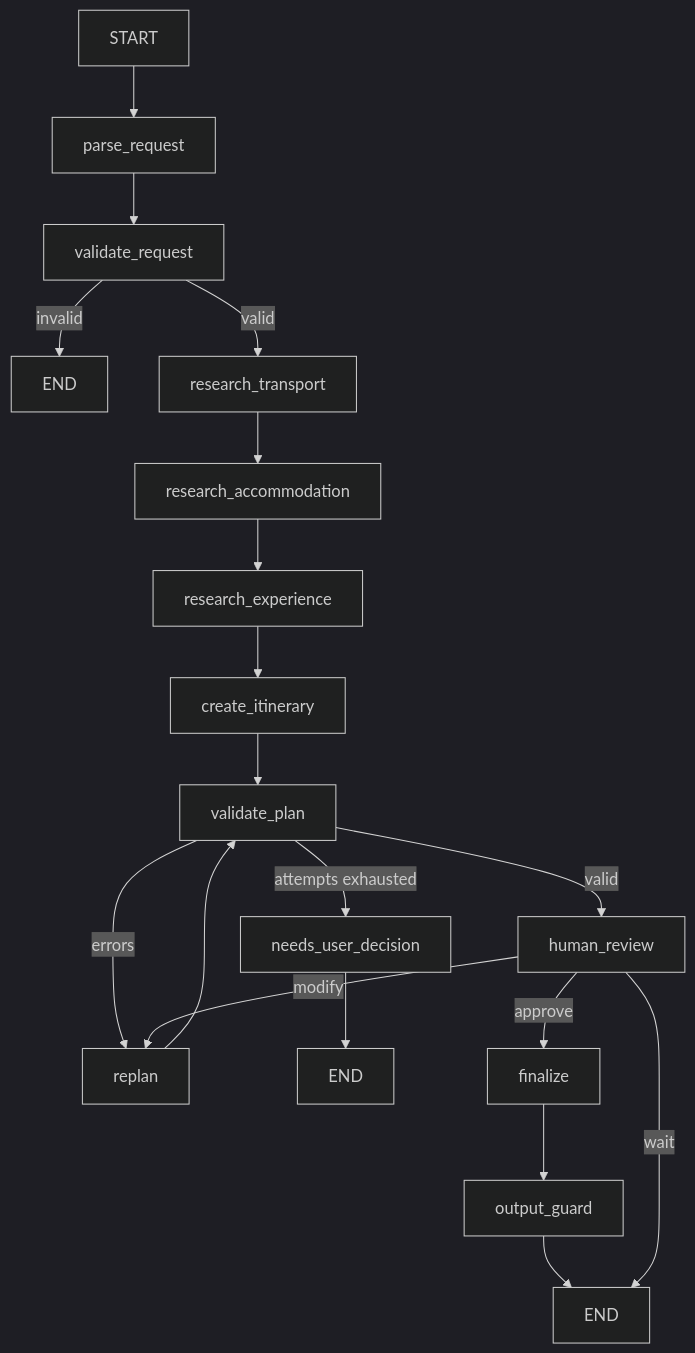
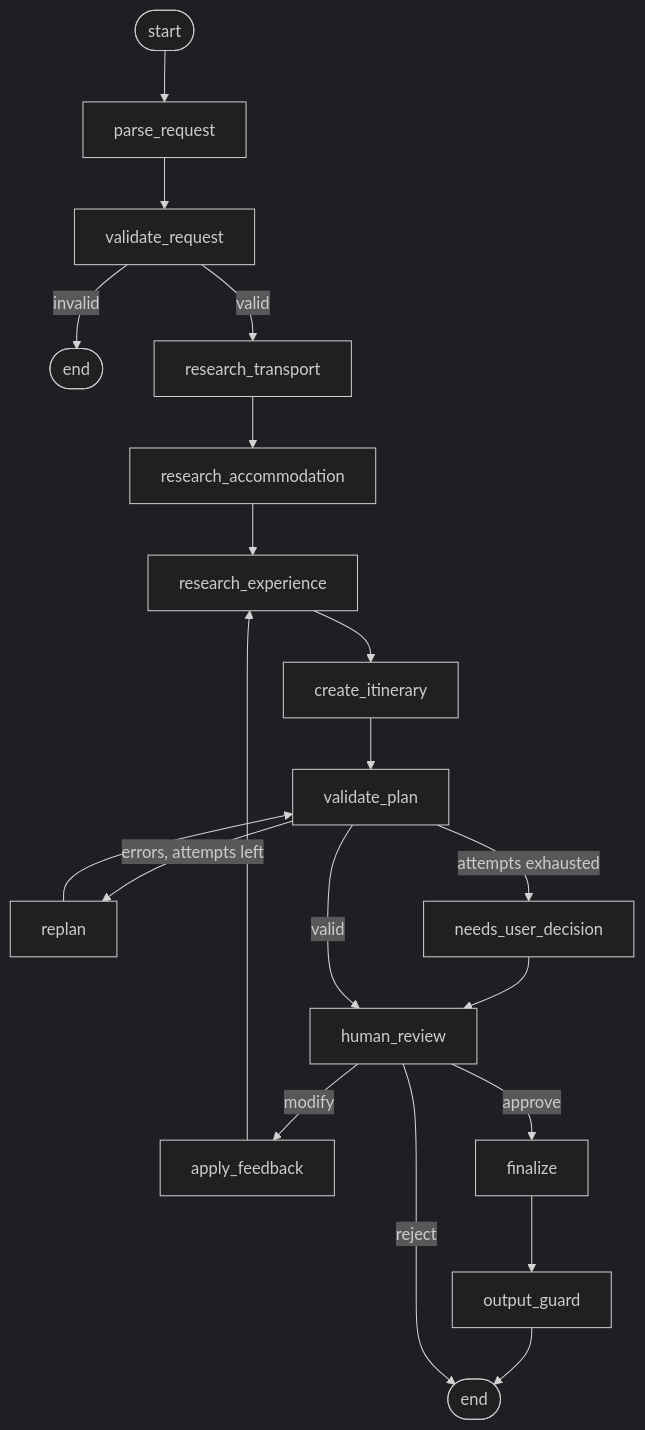
The second of 2 diagrams in README.md (Harikrishnan200/travel-agent), drawn with Mermaid (dark theme) before and after one commit. The commit also changed other lines of this file and 2 other files, not shown here.

````diff
--- a/README.md
+++ b/README.md
@@ -121,13 +291,16 @@
 ```mermaid
 flowchart TD
-    START --> PARSE[parse_request] --> VREQ[validate_request]
-    VREQ -->|invalid| END1[END]
+    START([start]) --> PARSE[parse_request]
+    PARSE --> VREQ[validate_request]
+    VREQ -->|invalid| END1([end])
     VREQ -->|valid| RT[research_transport] --> RA[research_accommodation]
     RA --> RE[research_experience] --> CI[create_itinerary] --> VP[validate_plan]
-    VP -->|errors| RP[replan] --> VP
-    VP -->|attempts exhausted| NUD[needs_user_decision] --> END2[END]
+
+    VP -->|errors, attempts left| RP[replan] --> VP
+    VP -->|attempts exhausted| NUD[needs_user_decision] --> HR
     VP -->|valid| HR[human_review]
-    HR -->|modify| RP
-    HR -->|approve| FIN[finalize] --> OG[output_guard] --> END3[END]
-    HR -->|wait| END3
+
+    HR -->|modify| AF[apply_feedback] --> RE
+    HR -->|approve| FIN[finalize] --> OG[output_guard] --> END2([end])
+    HR -->|reject| END2
 ```
````
